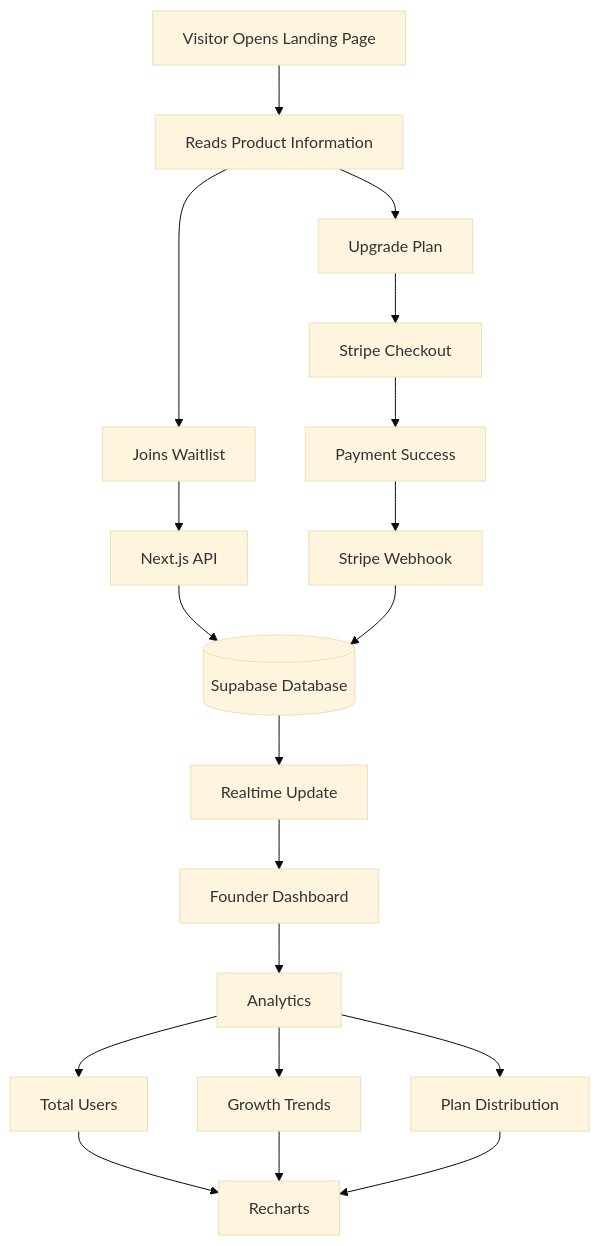
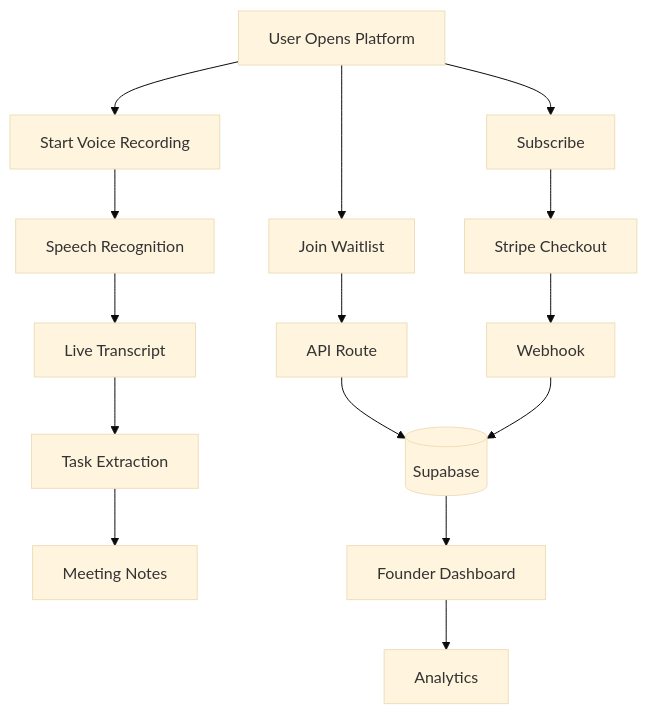
Before and after one commit to sauravsingh019/AI-Meeting-Notes: the diagram in README.md, drawn with Mermaid (base theme). The commit also changed other lines of this file and 26 other files, not shown here.

Commit message:
feat: complete waitlist engine, stripe payment billing, spam blockers, and real-time browser dictation

````diff
--- a/README.md
+++ b/README.md
@@ -84,36 +180,17 @@
 ```mermaid
 flowchart TD
-
-A[Visitor Opens Landing Page]
---> B[Reads Product Information]
-
-B --> C[Joins Waitlist]
-
-C --> D[Next.js API]
-
-D --> E[(Supabase Database)]
-
-E --> F[Realtime Update]
-
-F --> G[Founder Dashboard]
-
-G --> H[Analytics]
-
-H --> I[Total Users]
-H --> J[Growth Trends]
-H --> K[Plan Distribution]
-
-I --> L[Recharts]
-J --> L
-K --> L
-
-B --> M[Upgrade Plan]
-
-M --> N[Stripe Checkout]
-
-N --> O[Payment Success]
-
-O --> P[Stripe Webhook]
-
-P --> E
+    A[User Opens Platform] --> B[Start Voice Recording]
+    B --> C[Speech Recognition]
+    C --> D[Live Transcript]
+    D --> E[Task Extraction]
+    E --> F[Meeting Notes]
+    A --> G[Join Waitlist]
+    G --> H[API Route]
+    H --> I[(Supabase)]
+    I --> J[Founder Dashboard]
+    J --> K[Analytics]
+    A --> L[Subscribe]
+    L --> M[Stripe Checkout]
+    M --> N[Webhook]
+    N --> I
 ```
````
